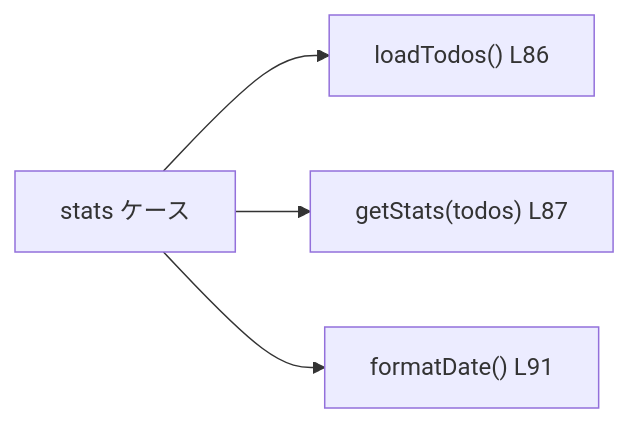
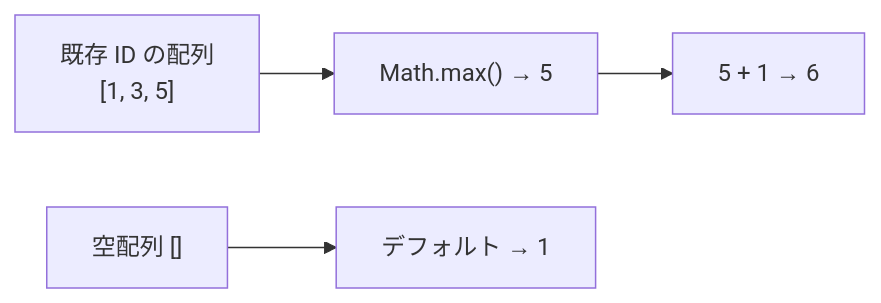
The seventh of 10 diagrams in ARCHITECTURE.md (bosawa/cc-mcp-test01), drawn with Mermaid before and after one commit. The commit also changed other lines of this file and 1 other file, not shown here.

First line of the commit message:
docs: MANUAL.md と ARCHITECTURE.md を TypeScript 版に更新

````diff
--- a/ARCHITECTURE.md
+++ b/ARCHITECTURE.md
@@ -158,6 +245,6 @@
 ```mermaid
 graph LR
-    A["stats ケース"] --> B["loadTodos() L86"]
-    A --> C["getStats(todos) L87"]
-    A --> D["formatDate() L91"]
+    IDS["既存 ID の配列<br/>[1, 3, 5]"] --> MAX["Math.max() → 5"]
+    MAX --> NEXT["5 + 1 → 6"]
+    EMPTY["空配列 []"] --> ONE["デフォルト → 1"]
 ```
````
